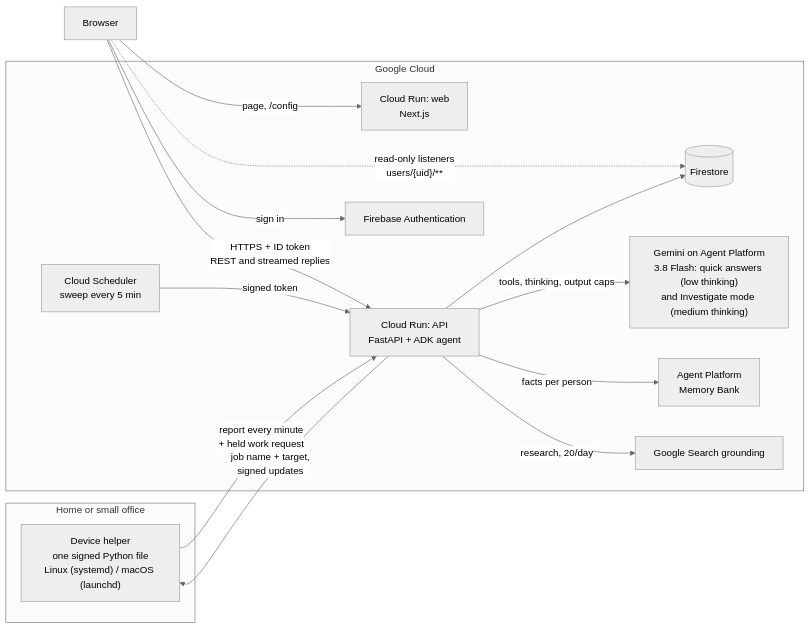
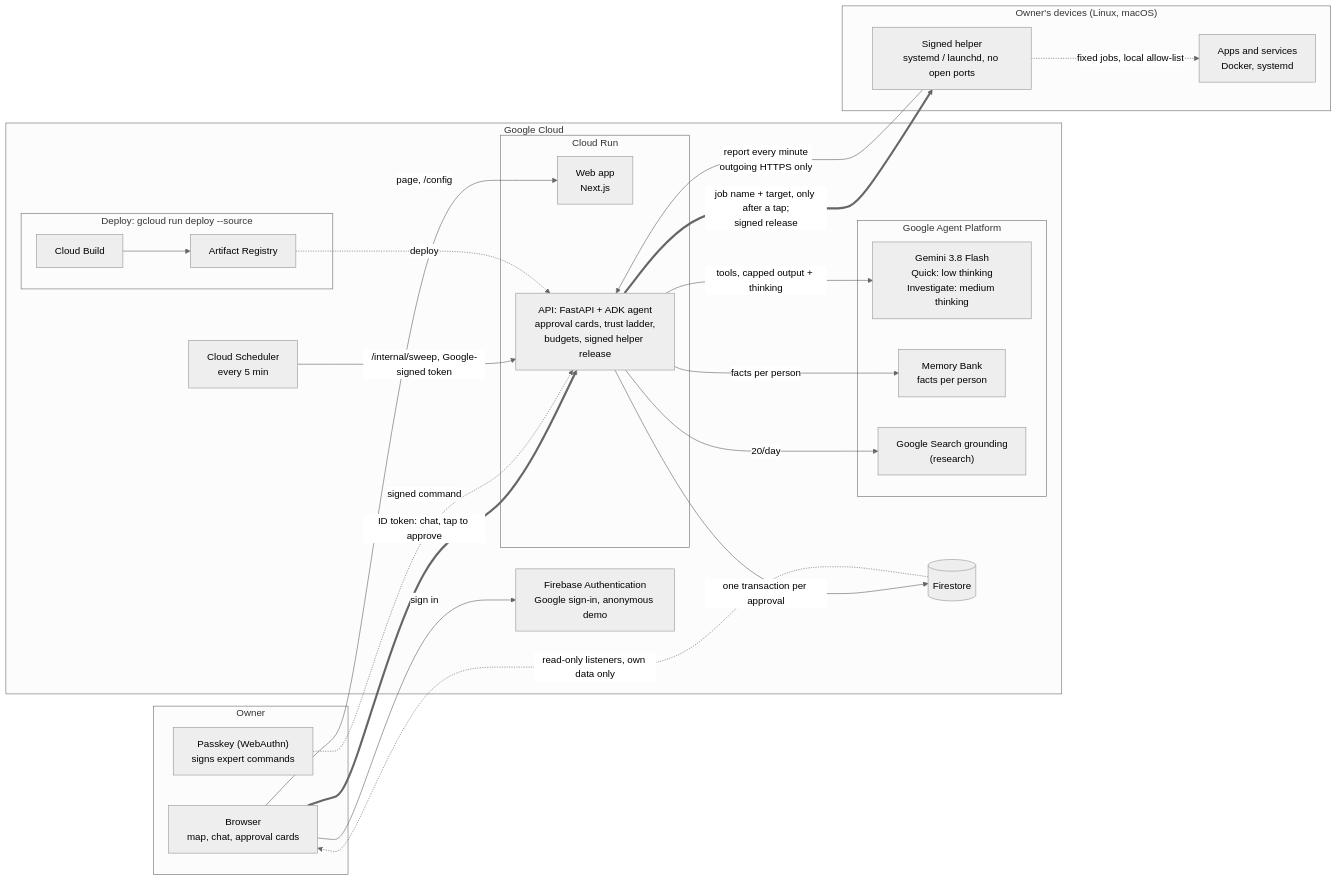
The diagram in README.md (juanpark/nightlight), drawn with Mermaid (neutral theme) before and after one commit. The commit also changed other lines of this file and 5 other files, not shown here.

Commit message:
Architecture diagrams: core picture redrawn and checked against the code; demo machine pool diagram kept aside

````diff
--- a/README.md
+++ b/README.md
@@ -71,28 +75,42 @@
 ```mermaid
 flowchart LR
-    subgraph home["Home or small office"]
-        H["Device helper<br/>one signed Python file<br/>Linux (systemd) / macOS (launchd)"]
+    subgraph owner["Owner"]
+        B["Browser<br/>map, chat, approval cards"]
+        PK["Passkey (WebAuthn)<br/>signs expert commands"]
     end
-    B["Browser"]
     subgraph gcp["Google Cloud"]
-        W["Cloud Run: web<br/>Next.js"]
-        A["Cloud Run: API<br/>FastAPI + ADK agent"]
+        AUTH["Firebase Authentication<br/>Google sign-in, anonymous demo"]
+        subgraph run["Cloud Run"]
+            W["Web app<br/>Next.js"]
+            A["API: FastAPI + ADK agent<br/>approval cards, trust ladder,<br/>budgets, signed helper release"]
+        end
         FS[("Firestore")]
-        AUTH["Firebase Authentication"]
-        G["Gemini on Agent Platform<br/>3.8 Flash: quick answers (low thinking)<br/>and Investigate mode (medium thinking)"]
-        MB["Agent Platform<br/>Memory Bank"]
-        GS["Google Search grounding"]
-        SCH["Cloud Scheduler<br/>sweep every 5 min"]
+        SCH["Cloud Scheduler<br/>every 5 min"]
+        subgraph ap["Google Agent Platform"]
+            G["Gemini 3.8 Flash<br/>Quick: low thinking<br/>Investigate: medium thinking"]
+            MB["Memory Bank<br/>facts per person"]
+            GS["Google Search grounding<br/>(research)"]
+        end
+        subgraph deploy["Deploy: gcloud run deploy --source"]
+            CB["Cloud Build"] --> AR["Artifact Registry"]
+        end
+    end
+    subgraph home["Owner's devices (Linux, macOS)"]
+        H["Signed helper<br/>systemd / launchd, no open ports"]
+        S["Apps and services<br/>Docker, systemd"]
     end
     B -->|"page, /config"| W
     B -->|"sign in"| AUTH
-    B -->|"HTTPS + ID token<br/>REST and streamed replies"| A
-    B -.->|"read-only listeners<br/>users/{uid}/**"| FS
-    A --> FS
-    A -->|"tools, thinking, output caps"| G
+    B ==>|"ID token: chat, tap to approve"| A
+    PK -.->|"signed command"| A
+    FS -.->|"read-only listeners, own data only"| B
+    A -->|"one transaction per approval"| FS
+    A -->|"tools, capped output + thinking"| G
     A -->|"facts per person"| MB
-    A -->|"research, 20/day"| GS
-    SCH -->|"signed token"| A
-    H -->|"report every minute<br/>+ held work request"| A
-    A -->|"job name + target,<br/>signed updates"| H
+    A -->|"20/day"| GS
+    SCH -->|"/internal/sweep, Google-signed token"| A
+    AR -.->|"deploy"| A
+    H -->|"report every minute<br/>outgoing HTTPS only"| A
+    A ==>|"job name + target, only after a tap;<br/>signed release"| H
+    H -.->|"fixed jobs, local allow-list"| S
 ```
````
